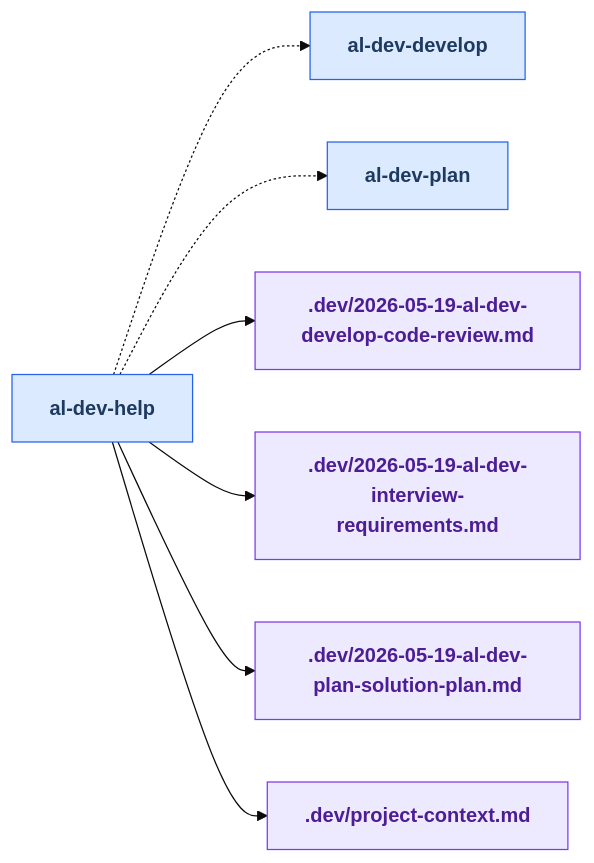
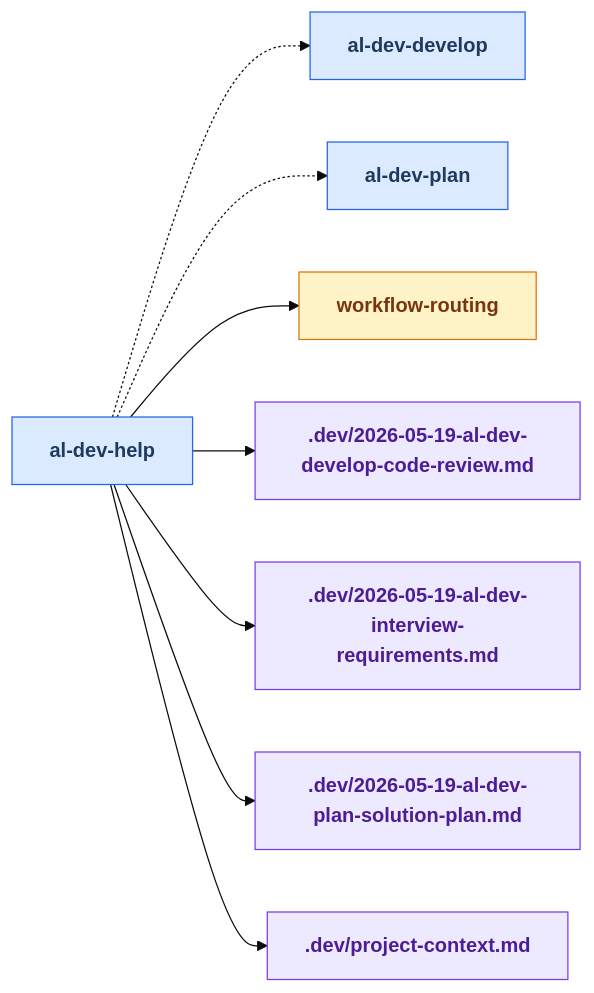
Before and after one commit to russell-laing/al-dev-shared: diagram 20 of 23 in docs/al-dev-skills-map.md, drawn with Mermaid (base theme). The commit also changed other lines of this file and 4 other files, not shown here.

````diff
--- a/docs/al-dev-skills-map.md
+++ b/docs/al-dev-skills-map.md
@@ -948,31 +939,34 @@
 ```mermaid
 flowchart LR
     classDef skillNode fill:#dbeafe,stroke:#2563eb,color:#1e3a5f,font-weight:bold
     classDef agentNode fill:#d1fae5,stroke:#059669,color:#064e3b,font-weight:bold
     classDef knowledgeNode fill:#fef3c7,stroke:#d97706,color:#78350f,font-weight:bold
     classDef artifactNode fill:#ede9fe,stroke:#7c3aed,color:#4c1d95,font-weight:bold
     classDef phaseNode fill:#e0e7ff,stroke:#6366f1,color:#312e81,font-weight:bold
 
     skill_al_dev_help[al-dev-help]
     skill_al_dev_develop[al-dev-develop]
     skill_al_dev_plan[al-dev-plan]
+    knowledge_workflow_routing_md[workflow-routing]
     artifact_2026_05_19_al_dev_develop_code_review_md[.dev/2026-05-19-al-dev-develop-code-review.md]
     artifact_2026_05_19_al_dev_interview_requirements_md[.dev/2026-05-19-al-dev-interview-requirements.md]
     artifact_2026_05_19_al_dev_plan_solution_plan_md[.dev/2026-05-19-al-dev-plan-solution-plan.md]
     artifact_project_context_md[.dev/project-context.md]
 
     skill_al_dev_help -.-> skill_al_dev_develop
     skill_al_dev_help -.-> skill_al_dev_plan
+    skill_al_dev_help --> knowledge_workflow_routing_md
     skill_al_dev_help --> artifact_2026_05_19_al_dev_develop_code_review_md
     skill_al_dev_help --> artifact_2026_05_19_al_dev_interview_requirements_md
     skill_al_dev_help --> artifact_2026_05_19_al_dev_plan_solution_plan_md
     skill_al_dev_help --> artifact_project_context_md
 
     class skill_al_dev_help skillNode
     class skill_al_dev_develop skillNode
     class skill_al_dev_plan skillNode
+    class knowledge_workflow_routing_md knowledgeNode
     class artifact_2026_05_19_al_dev_develop_code_review_md artifactNode
     class artifact_2026_05_19_al_dev_interview_requirements_md artifactNode
     class artifact_2026_05_19_al_dev_plan_solution_plan_md artifactNode
     class artifact_project_context_md artifactNode
 ```
````
